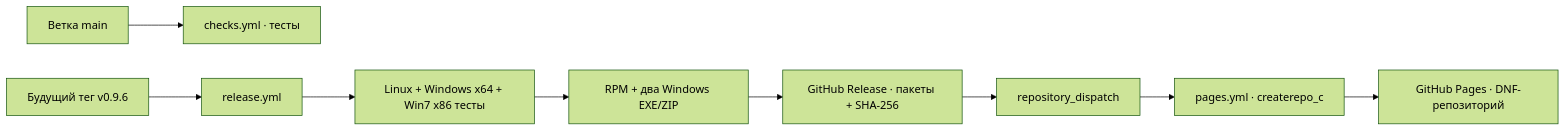
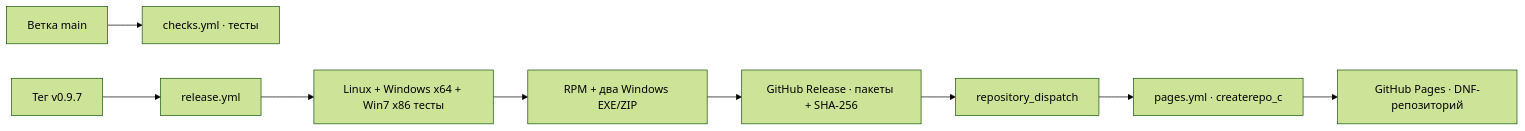
Before and after one commit to Kostya5232/naps3-redos: the second of 3 diagrams in PROGRAM_MAP.md, drawn with Mermaid (forest theme). The commit also changed other lines of this file and 5 other files, not shown here.

````diff
--- a/PROGRAM_MAP.md
+++ b/PROGRAM_MAP.md
@@ -102,11 +102,11 @@
 ```mermaid
 flowchart LR
     MainBranch["Ветка main"] --> Checks["checks.yml · тесты"]
-    Tag["Будущий тег v0.9.6"] --> Release["release.yml"]
+    Tag["Тег v0.9.7"] --> Release["release.yml"]
     Release --> Tests["Linux + Windows x64 + Win7 x86 тесты"]
     Tests --> Build["RPM + два Windows EXE/ZIP"]
     Build --> Assets["GitHub Release · пакеты + SHA-256"]
     Assets --> Dispatch["repository_dispatch"]
     Dispatch --> Pages["pages.yml · createrepo_c"]
     Pages --> DNF["GitHub Pages · DNF-репозиторий"]
 ```
````
